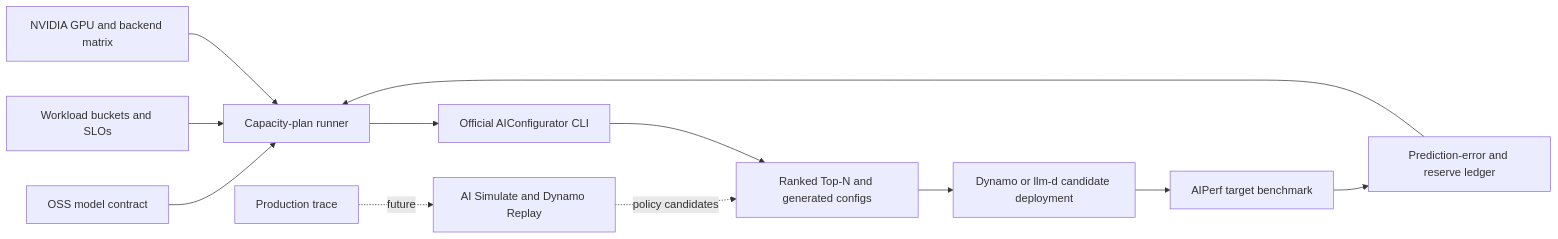
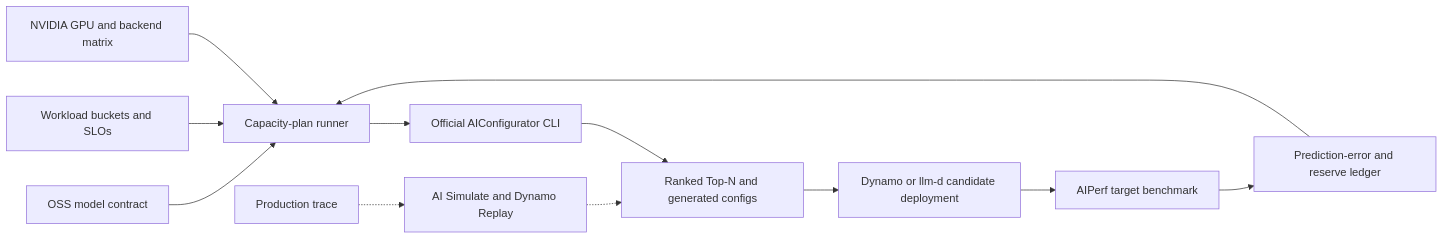
Before and after one commit to david-xinyuwei/david-share: the diagram in Deep-Learning/OSS-Model-Capacity-Planning-on-NVIDIA-GPUs/README.md, drawn with Mermaid. The commit also changed 2 other files, not shown here.

Commit message:
docs: fix Mermaid rendering

````diff
--- a/Deep-Learning/OSS-Model-Capacity-Planning-on-NVIDIA-GPUs/README.md
+++ b/Deep-Learning/OSS-Model-Capacity-Planning-on-NVIDIA-GPUs/README.md
@@ -385,14 +385,14 @@
 ```mermaid
 flowchart LR
     M[OSS model contract] --> P[Capacity-plan runner]
     W[Workload buckets and SLOs] --> P
     H[NVIDIA GPU and backend matrix] --> P
     P --> A[Official AIConfigurator CLI]
     A --> R[Ranked Top-N and generated configs]
     R --> D[Dynamo or llm-d candidate deployment]
     D --> B[AIPerf target benchmark]
     B --> C[Prediction-error and reserve ledger]
     C --> P
-    T[Production trace] -. future .-> S[AI Simulate and Dynamo Replay]
-    S -. policy candidates .-> R
+    T[Production trace] -.-> S[AI Simulate and Dynamo Replay]
+    S -.-> R
 ```
````
